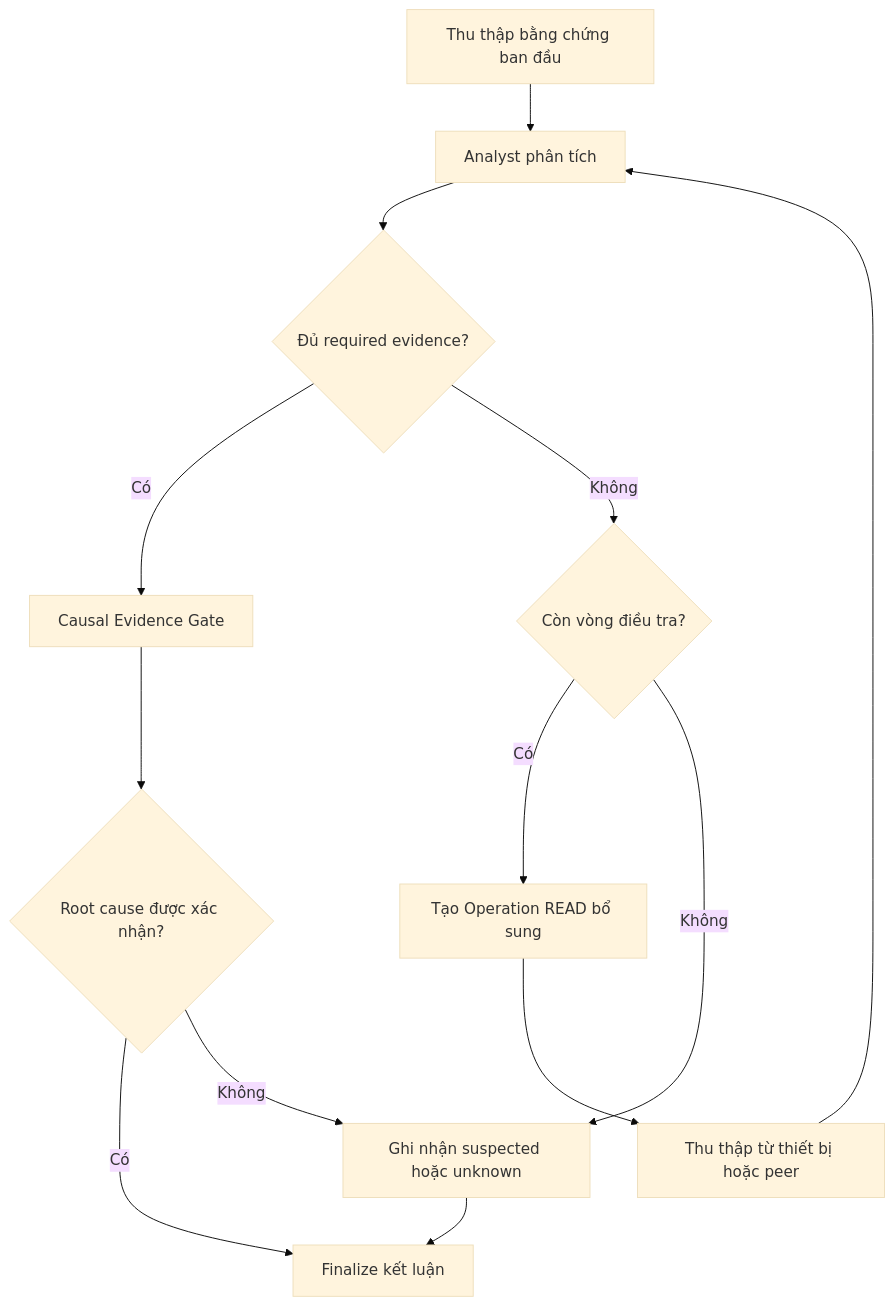
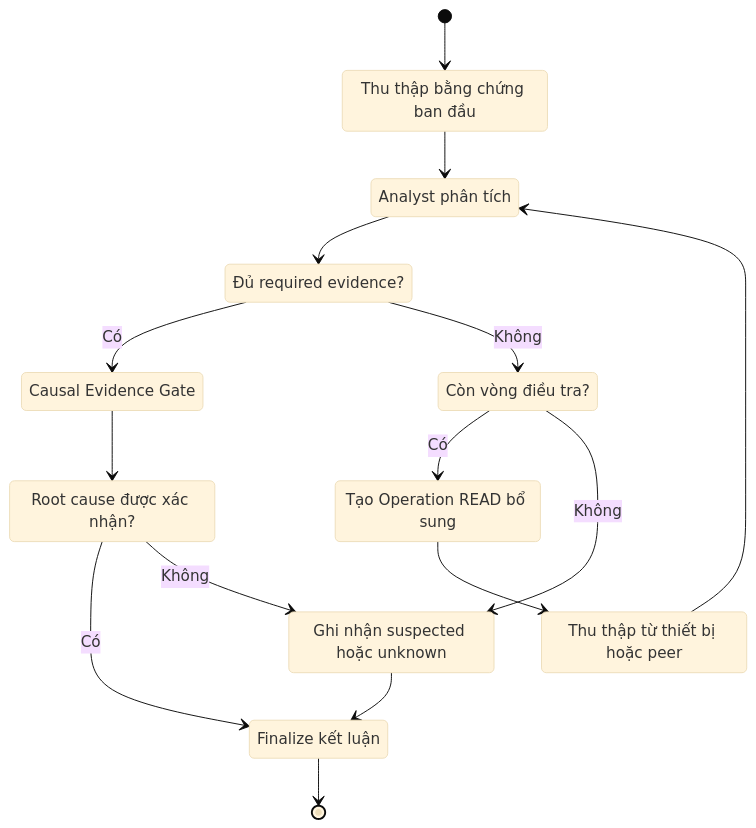
Before and after one commit to mujin0422/network-multi-agent-system-backend: the seventh of 11 diagrams in docs/reports/report-end-of-term.md, drawn with Mermaid (base theme). The commit also changed other lines of this file, not shown here.

Commit message:
docs(report): align architecture with implemented workflow

````diff
--- a/docs/reports/report-end-of-term.md
+++ b/docs/reports/report-end-of-term.md
@@ -922,15 +1129,31 @@
 ```mermaid
-flowchart TD
-    A[Thu thập bằng chứng ban đầu] --> B[Analyst phân tích]
-    B --> C{Đủ required evidence?}
-    C -->|Có| D[Causal Evidence Gate]
-    D --> E{Root cause được xác nhận?}
-    E -->|Có| F[Finalize kết luận]
-    E -->|Không| G[Ghi nhận suspected hoặc unknown]
-    C -->|Không| H{Còn vòng điều tra?}
-    H -->|Có| I[Tạo Operation READ bổ sung]
-    I --> J[Thu thập từ thiết bị hoặc peer]
+stateDiagram-v2
+    state "Thu thập bằng chứng ban đầu" as A
+    state "Analyst phân tích" as B
+    state "Đủ required evidence?" as C
+    state C <<choice>>
+    state "Causal Evidence Gate" as D
+    state "Root cause được xác nhận?" as E
+    state E <<choice>>
+    state "Finalize kết luận" as F
+    state "Ghi nhận suspected hoặc unknown" as G
+    state "Còn vòng điều tra?" as H
+    state H <<choice>>
+    state "Tạo Operation READ bổ sung" as I
+    state "Thu thập từ thiết bị hoặc peer" as J
+
+    [*] --> A
+    A --> B
+    B --> C
+    C --> D: Có
+    D --> E
+    E --> F: Có
+    E --> G: Không
+    C --> H: Không
+    H --> I: Có
+    I --> J
     J --> B
-    H -->|Không| G
+    H --> G: Không
     G --> F
+    F --> [*]
 ```
````
